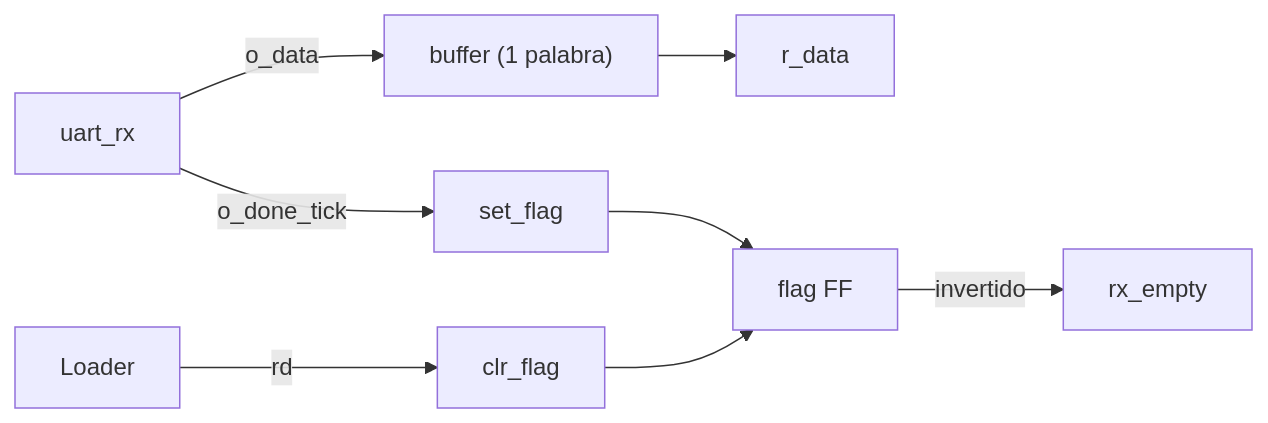
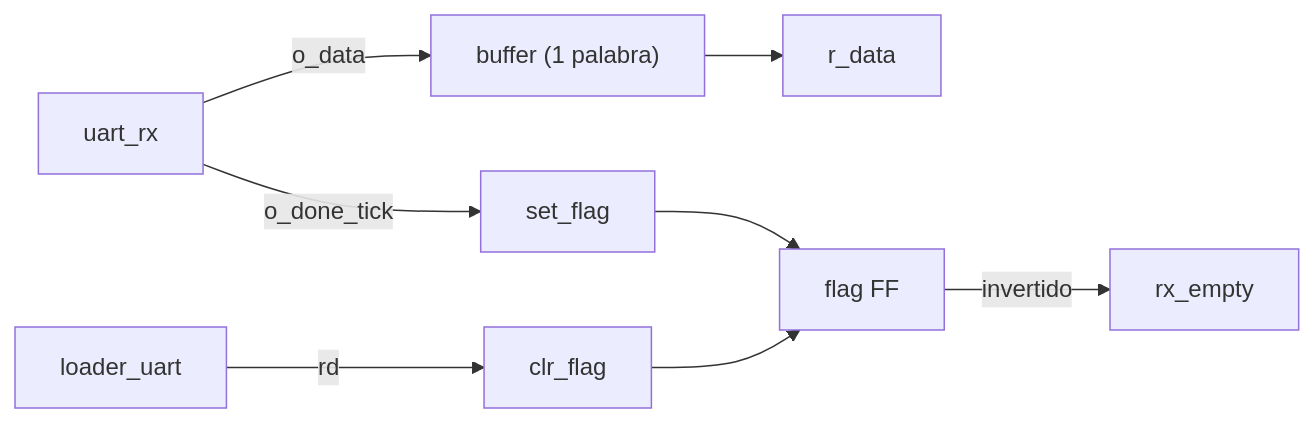
The fourth of 8 diagrams in TP2/README.md (wandamol1405/AdC-Tps), drawn with Mermaid before and after one commit. The commit also changed other lines of this file and 6 other files, not shown here.

````diff
--- a/TP2/README.md
+++ b/TP2/README.md
@@ -155,10 +133,10 @@
 ```mermaid
 flowchart LR
     RX["uart_rx"] -- "o_data" --> BUF["buffer (1 palabra)"]
     RX -- "o_done_tick" --> SETFLAG["set_flag"]
     SETFLAG --> FLAG["flag FF"]
     FLAG -- "invertido" --> EMPTY["rx_empty"]
     BUF --> RDATA["r_data"]
-    LOADER["Loader"] -- "rd" --> CLRFLAG["clr_flag"]
+    LOADER["loader_uart"] -- "rd" --> CLRFLAG["clr_flag"]
     CLRFLAG --> FLAG
 ```
````
